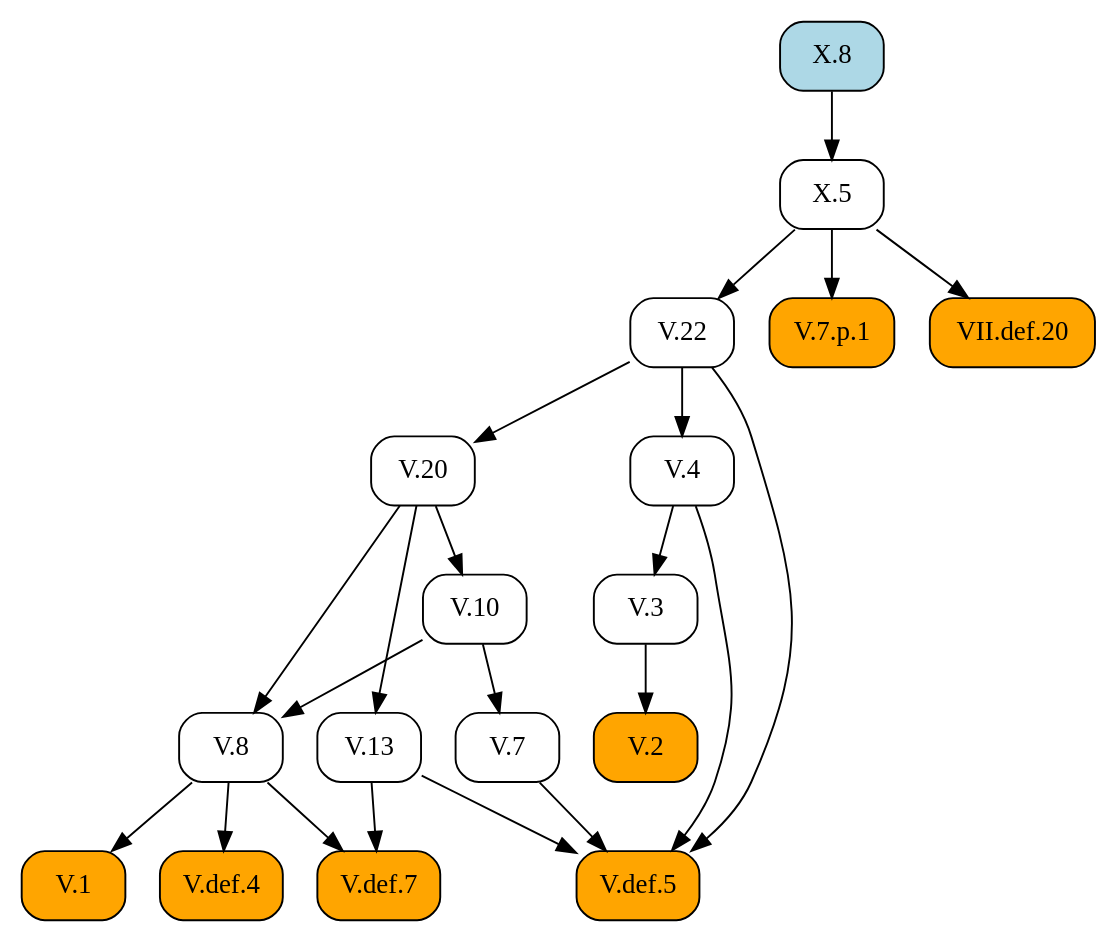
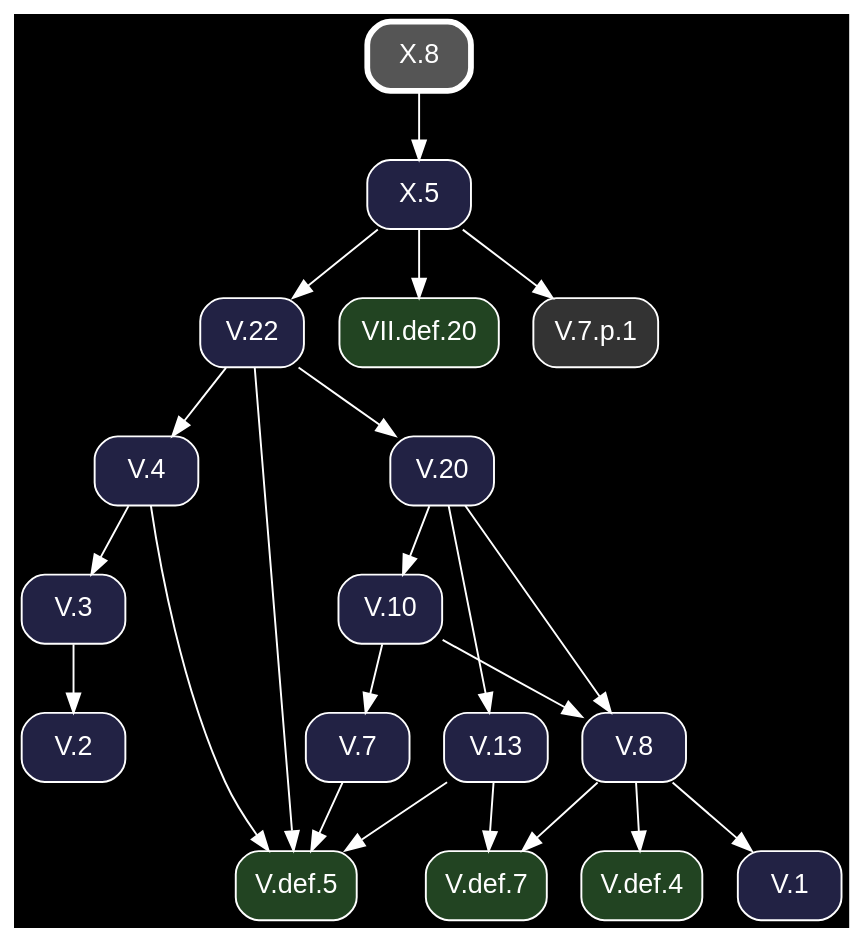
One commit to geometor/elements changed the diagram in docsrc/heath/X/8/index.rst. Above: the diagram before and after it, drawn with Graphviz. The commit also changed other lines of this file and 1200 other files, not shown here.

Commit message:
update dependency graphs

```diff
--- a/docsrc/heath/X/8/index.rst
+++ b/docsrc/heath/X/8/index.rst
@@ -30,44 +30,46 @@
 .. graphviz::
 
    digraph {
+     bgcolor="black";
+     node [shape=box, style="rounded,filled", fontname="Helvetica", color="white", fontcolor="white"];
+     edge [color="white", fontcolor="white"];
      rankdir="TB";
-     node [shape=box, style=rounded];
-     "V.2" [style="rounded,filled", fillcolor=orange, URL="/heath/V/2/", target="_top"];
-     "V.def.7" [style="rounded,filled", fillcolor=orange, URL="/heath/V/def.7/", target="_top"];
-     "V.13" [URL="/heath/V/13/", target="_top"];
-     "V.3" [URL="/heath/V/3/", target="_top"];
-     "V.7" [URL="/heath/V/7/", target="_top"];
-     "V.7.p.1" [style="rounded,filled", fillcolor=orange];
-     "X.8" [style="rounded,filled", fillcolor=lightblue, URL="/heath/X/8/", target="_top"];
-     "X.5" [URL="/heath/X/5/", target="_top"];
-     "V.def.5" [style="rounded,filled", fillcolor=orange, URL="/heath/V/def.5/", target="_top"];
-     "V.8" [URL="/heath/V/8/", target="_top"];
-     "V.10" [URL="/heath/V/10/", target="_top"];
-     "V.4" [URL="/heath/V/4/", target="_top"];
-     "V.22" [URL="/heath/V/22/", target="_top"];
-     "V.1" [style="rounded,filled", fillcolor=orange, URL="/heath/V/1/", target="_top"];
-     "V.20" [URL="/heath/V/20/", target="_top"];
-     "VII.def.20" [style="rounded,filled", fillcolor=orange, URL="/heath/VII/def.20/", target="_top"];
-     "V.def.4" [style="rounded,filled", fillcolor=orange, URL="/heath/V/def.4/", target="_top"];
-     "V.3" -> "V.2";
-     "V.8" -> "V.def.7";
-     "V.13" -> "V.def.7";
-     "V.20" -> "V.13";
-     "V.4" -> "V.3";
-     "V.10" -> "V.7";
-     "X.5" -> "V.7.p.1";
-     "X.8" -> "X.5";
+     "V.def.5" [fillcolor="#224422", URL="/heath/V/def.5/", target="_top"];
+     "V.22" [fillcolor="#222244", URL="/heath/V/22/", target="_top"];
+     "V.def.7" [fillcolor="#224422", URL="/heath/V/def.7/", target="_top"];
+     "V.def.4" [fillcolor="#224422", URL="/heath/V/def.4/", target="_top"];
+     "V.20" [fillcolor="#222244", URL="/heath/V/20/", target="_top"];
+     "X.5" [fillcolor="#222244", URL="/heath/X/5/", target="_top"];
+     "VII.def.20" [fillcolor="#224422", URL="/heath/VII/def.20/", target="_top"];
+     "V.2" [fillcolor="#222244", URL="/heath/V/2/", target="_top"];
+     "V.1" [fillcolor="#222244", URL="/heath/V/1/", target="_top"];
+     "X.8" [penwidth=3, color="white", fillcolor="#555555", URL="/heath/X/8/", target="_top"];
+     "V.4" [fillcolor="#222244", URL="/heath/V/4/", target="_top"];
+     "V.13" [fillcolor="#222244", URL="/heath/V/13/", target="_top"];
+     "V.7.p.1" [fillcolor="#333333"];
+     "V.8" [fillcolor="#222244", URL="/heath/V/8/", target="_top"];
+     "V.7" [fillcolor="#222244", URL="/heath/V/7/", target="_top"];
+     "V.3" [fillcolor="#222244", URL="/heath/V/3/", target="_top"];
+     "V.10" [fillcolor="#222244", URL="/heath/V/10/", target="_top"];
      "V.4" -> "V.def.5";
      "V.7" -> "V.def.5";
      "V.13" -> "V.def.5";
      "V.22" -> "V.def.5";
+     "X.5" -> "V.22";
+     "V.8" -> "V.def.7";
+     "V.13" -> "V.def.7";
+     "V.8" -> "V.def.4";
+     "V.22" -> "V.20";
+     "X.8" -> "X.5";
+     "X.5" -> "VII.def.20";
+     "V.3" -> "V.2";
+     "V.8" -> "V.1";
+     "V.22" -> "V.4";
+     "V.20" -> "V.13";
+     "X.5" -> "V.7.p.1";
      "V.10" -> "V.8";
      "V.20" -> "V.8";
+     "V.10" -> "V.7";
+     "V.4" -> "V.3";
      "V.20" -> "V.10";
-     "V.22" -> "V.4";
-     "X.5" -> "V.22";
-     "V.8" -> "V.1";
-     "V.22" -> "V.20";
-     "X.5" -> "VII.def.20";
-     "V.8" -> "V.def.4";
    }
```
